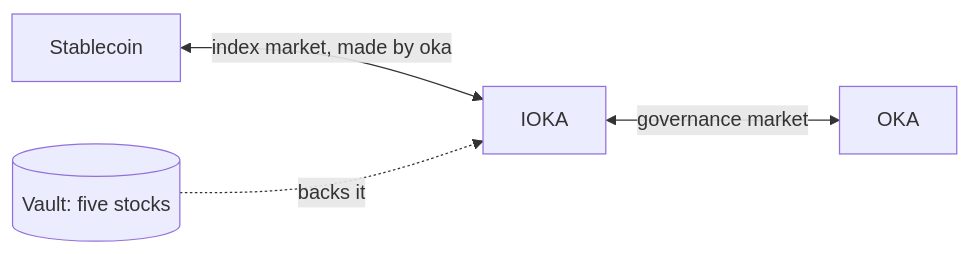
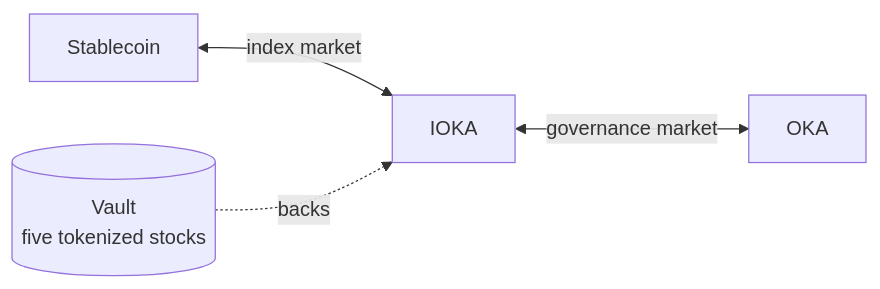
The first of 2 diagrams in concepts/tokens.mdx (8digitsLabs/docs), drawn with Mermaid before and after one commit. The commit also changed other lines of this file and 5 other files, not shown here.

````diff
--- a/concepts/tokens.mdx
+++ b/concepts/tokens.mdx
@@ -34,6 +34,6 @@
 ```mermaid
 flowchart LR
-  USDG[Stablecoin] <-->|"index market, made by oka"| IOKA[IOKA]
+  USDG[Stablecoin] <-->|"index market"| IOKA[IOKA]
   IOKA <-->|"governance market"| OKA[OKA]
-  VAULT[(Vault: five stocks)] -.->|"backs it"| IOKA
+  VAULT[("Vault<br/>five tokenized stocks")] -.->|"backs"| IOKA
 ```
````
